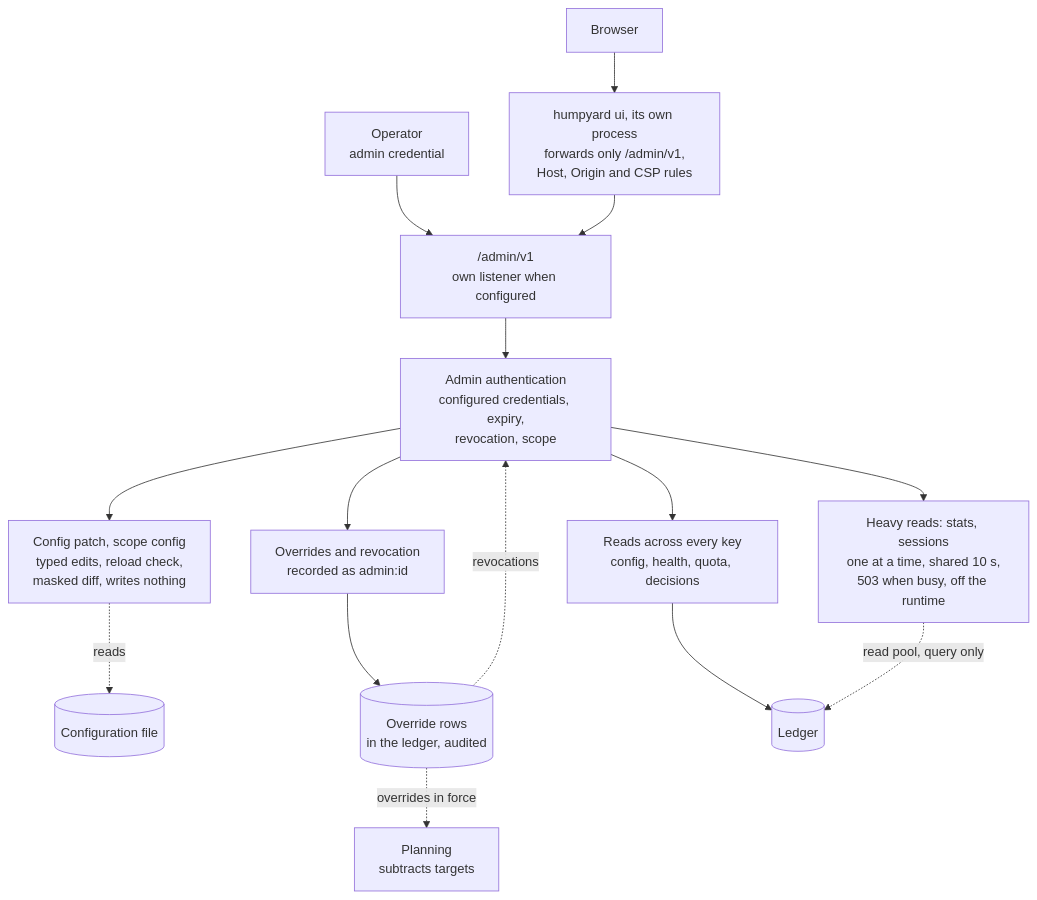
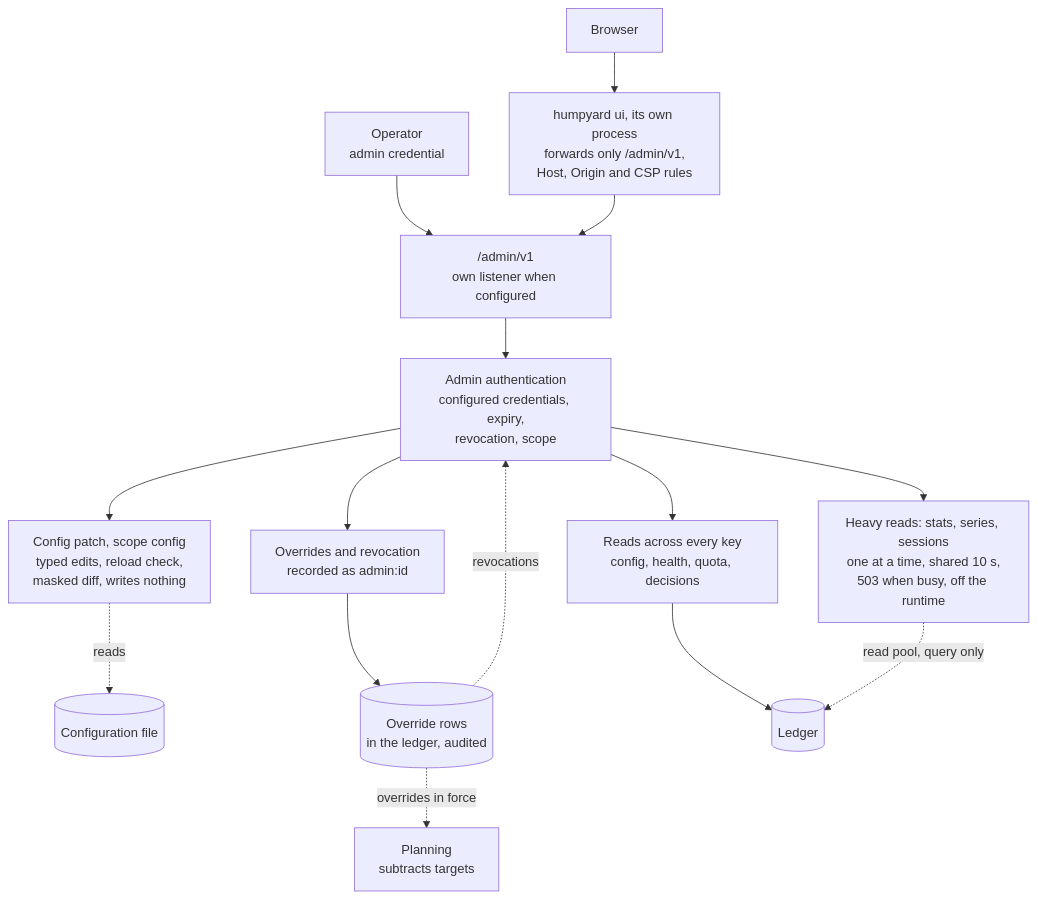
The third of 4 diagrams in docs/architecture.md (gschaetz/humpyard), drawn with Mermaid before and after one commit. The commit also changed other lines of this file and 16 other files, not shown here.

Commit message:
docs: architecture and threat model brought up to date, ADR 0035 accepted, change archived (add-gui-query-view 5.1, 5.2, 5.4) (#297)

````diff
--- a/docs/architecture.md
+++ b/docs/architecture.md
@@ -136,17 +137,17 @@
 ```mermaid
 flowchart TD
     OP[Operator<br/>admin credential] --> ADM["/admin/v1<br/>own listener when configured"]
     BR[Browser] --> UIP["humpyard ui, its own process<br/>forwards only /admin/v1,<br/>Host, Origin and CSP rules"]
     UIP --> ADM
     ADM --> AUTHN[Admin authentication<br/>configured credentials, expiry,<br/>revocation, scope]
     AUTHN --> READ[Reads across every key<br/>config, health, quota, decisions]
-    AUTHN --> HEAVY[Heavy reads: stats, sessions<br/>one at a time, shared 10 s,<br/>503 when busy, off the runtime]
+    AUTHN --> HEAVY[Heavy reads: stats, series, sessions<br/>one at a time, shared 10 s,<br/>503 when busy, off the runtime]
     AUTHN --> OVR[Overrides and revocation<br/>recorded as admin:id]
     AUTHN --> PAT[Config patch, scope config<br/>typed edits, reload check,<br/>masked diff, writes nothing]
     PAT -. reads .-> FILE[(Configuration file)]
     OVR --> STORE[(Override rows<br/>in the ledger, audited)]
     STORE -. overrides in force .-> PLAN[Planning<br/>subtracts targets]
     STORE -. revocations .-> AUTHN
     READ --> LED[(Ledger)]
     HEAVY -. read pool, query only .-> LED
 ```
````
